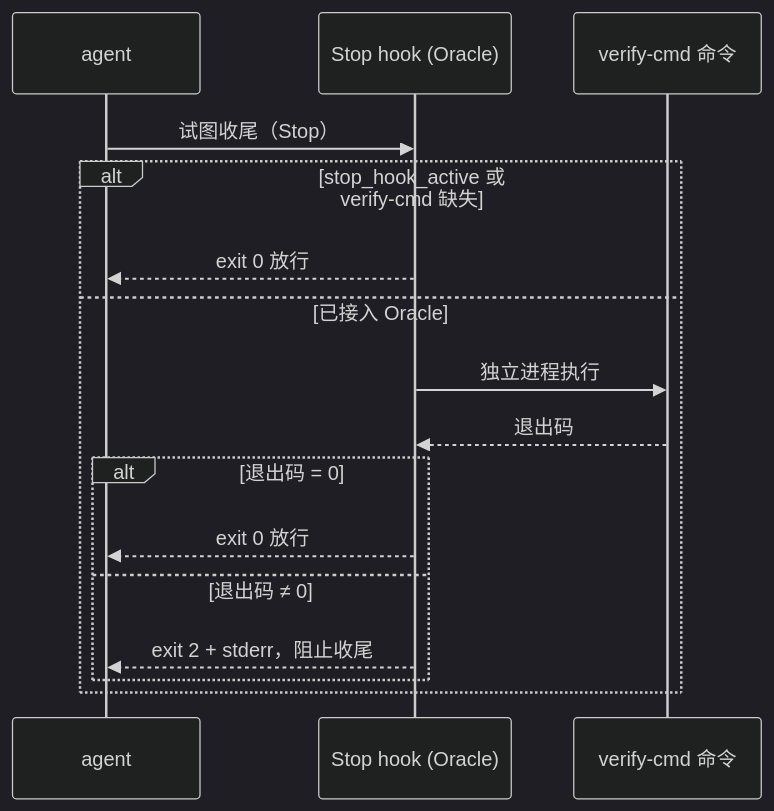
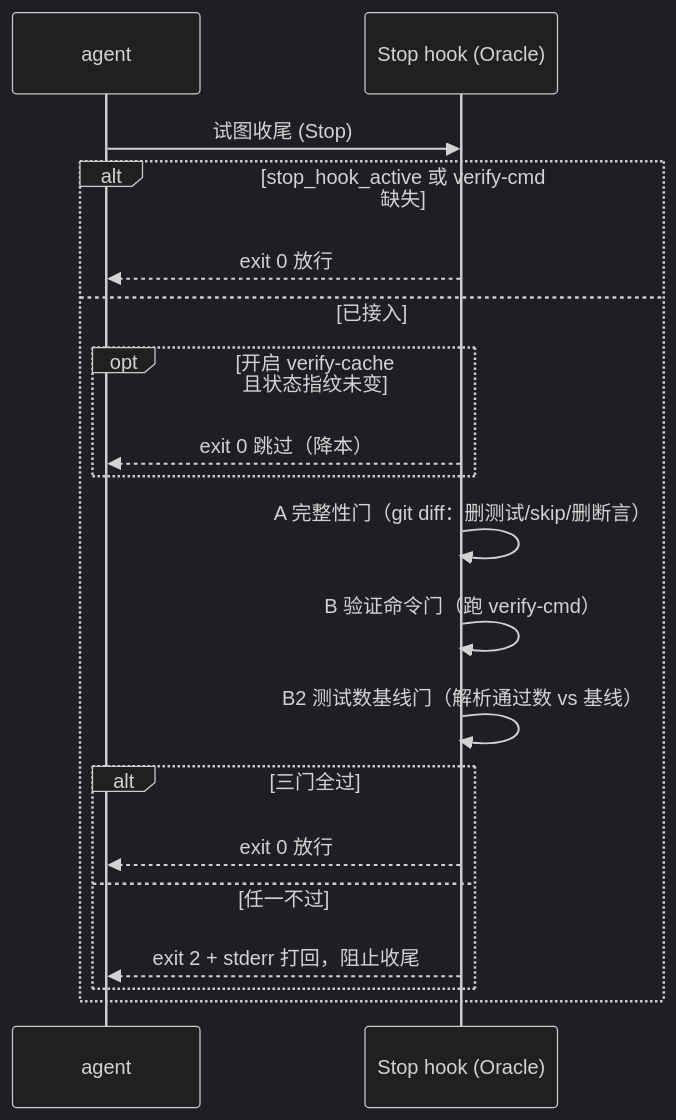
One commit to owenhu-cloud/flow-harness changed the second of 2 diagrams in docs/DESIGN.md. Above: the diagram before and after it, drawn with Mermaid (dark theme). The commit also changed other lines of this file and 2 other files, not shown here.

````diff
--- a/docs/DESIGN.md
+++ b/docs/DESIGN.md
@@ -63,18 +64,21 @@
 ```mermaid
 sequenceDiagram
     participant A as agent
     participant S as Stop hook (Oracle)
-    participant C as verify-cmd 命令
-    A->>S: 试图收尾（Stop）
+    A->>S: 试图收尾 (Stop)
     alt stop_hook_active 或 verify-cmd 缺失
         S-->>A: exit 0 放行
-    else 已接入 Oracle
-        S->>C: 独立进程执行
-        C-->>S: 退出码
-        alt 退出码 = 0
+    else 已接入
+        opt 开启 verify-cache 且状态指纹未变
+            S-->>A: exit 0 跳过（降本）
+        end
+        S->>S: A 完整性门（git diff：删测试/skip/删断言）
+        S->>S: B 验证命令门（跑 verify-cmd）
+        S->>S: B2 测试数基线门（解析通过数 vs 基线）
+        alt 三门全过
             S-->>A: exit 0 放行
-        else 退出码 ≠ 0
-            S-->>A: exit 2 + stderr，阻止收尾
+        else 任一不过
+            S-->>A: exit 2 + stderr 打回，阻止收尾
         end
     end
 ```
````
